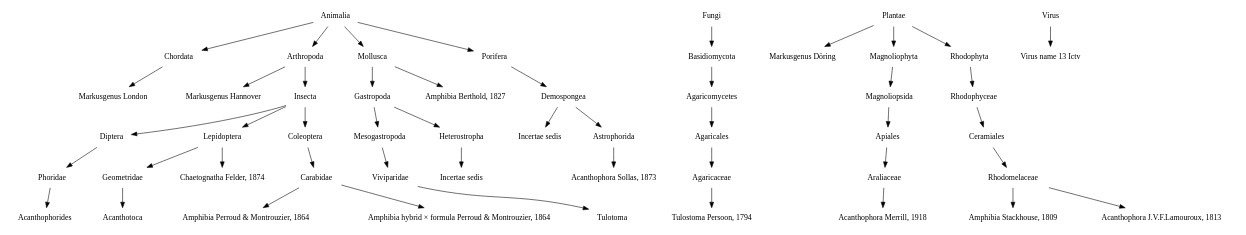
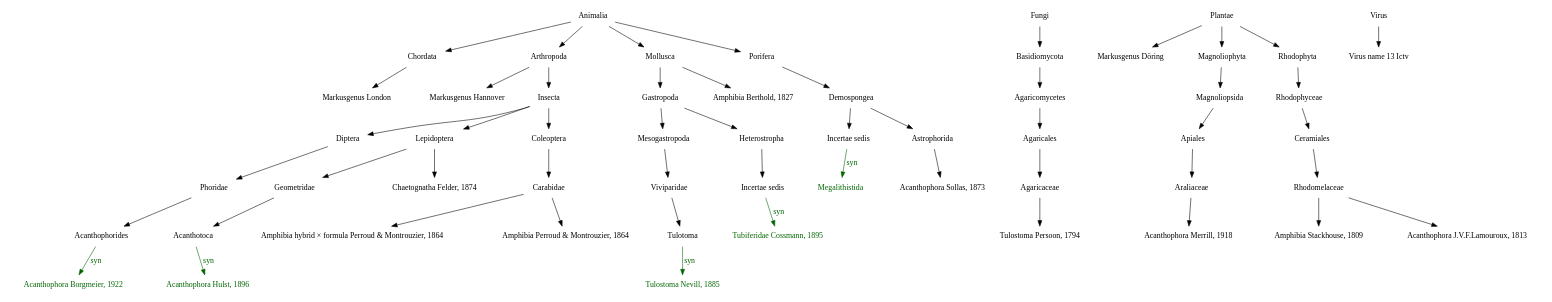
One commit to CatalogueOfLife/backend changed the diagram in colplus-admin/graphs/tree5.dot. Above: the diagram before and after it, drawn with Graphviz. The commit also changed 46 other files, not shown here.

```diff
--- a/colplus-admin/graphs/tree5.dot
+++ b/colplus-admin/graphs/tree5.dot
@@ -1,102 +1,112 @@
 digraph G {
   node [shape=plaintext]
 
   n32  [label="Animalia"]
   n32 -> n47
   n32 -> n42
   n32 -> n41
   n32 -> n33
   n42  [label="Arthropoda"]
   n42 -> n15
   n42 -> n43
   n43  [label="Insecta"]
   n43 -> n52
   n43 -> n48
   n43 -> n44
   n44  [label="Coleoptera"]
   n44 -> n45
   n45  [label="Carabidae"]
+  n45 -> n12
   n45 -> n11
-  n45 -> n12
   n11  [label="Amphibia Perroud & Montrouzier, 1864"]
   n12  [label="Amphibia hybrid × formula Perroud & Montrouzier, 1864"]
   n52  [label="Diptera"]
   n52 -> n53
   n53  [label="Phoridae"]
   n53 -> n21
   n21  [label="Acanthophorides"]
+  n4  [label="Acanthophora Borgmeier, 1922", fontcolor=darkgreen]
+  n21 -> n4  [color=darkgreen, fontcolor=darkgreen, label=syn]
   n48  [label="Lepidoptera"]
   n48 -> n51
   n48 -> n17
   n51  [label="Geometridae"]
   n51 -> n20
   n20  [label="Acanthotoca"]
+  n2  [label="Acanthophora Hulst, 1896", fontcolor=darkgreen]
+  n20 -> n2  [color=darkgreen, fontcolor=darkgreen, label=syn]
   n17  [label="Chaetognatha Felder, 1874"]
   n15  [label="Markusgenus Hannover"]
   n47  [label="Chordata"]
   n47 -> n16
   n16  [label="Markusgenus London"]
   n41  [label="Mollusca"]
   n41 -> n49
   n41 -> n9
   n49  [label="Gastropoda"]
   n49 -> n54
   n49 -> n50
   n50  [label="Heterostropha"]
   n50 -> n19
   n19  [label="Incertae sedis"]
+  n1  [label="Tubiferidae Cossmann, 1895", fontcolor=darkgreen]
+  n19 -> n1  [color=darkgreen, fontcolor=darkgreen, label=syn]
   n54  [label="Mesogastropoda"]
   n54 -> n55
   n55  [label="Viviparidae"]
   n55 -> n22
   n22  [label="Tulotoma"]
+  n8  [label="Tulostoma Nevill, 1885", fontcolor=darkgreen]
+  n22 -> n8  [color=darkgreen, fontcolor=darkgreen, label=syn]
   n9  [label="Amphibia Berthold, 1827"]
   n33  [label="Porifera"]
   n33 -> n34
   n34  [label="Demospongea"]
   n34 -> n18
   n34 -> n35
   n35  [label="Astrophorida"]
   n35 -> n6
   n6  [label="Acanthophora Sollas, 1873"]
   n18  [label="Incertae sedis"]
+  n0  [label="Megalithistida", fontcolor=darkgreen]
+  n18 -> n0  [color=darkgreen, fontcolor=darkgreen, label=syn]
   n36  [label="Fungi"]
   n36 -> n37
   n37  [label="Basidiomycota"]
   n37 -> n38
   n38  [label="Agaricomycetes"]
   n38 -> n39
   n39  [label="Agaricales"]
   n39 -> n40
   n40  [label="Agaricaceae"]
   n40 -> n7
   n7  [label="Tulostoma Persoon, 1794"]
   n23  [label="Plantae"]
   n23 -> n14
   n23 -> n28
   n23 -> n24
   n28  [label="Magnoliophyta"]
   n28 -> n29
   n29  [label="Magnoliopsida"]
   n29 -> n30
   n30  [label="Apiales"]
   n30 -> n31
   n31  [label="Araliaceae"]
   n31 -> n5
   n5  [label="Acanthophora Merrill, 1918"]
   n24  [label="Rhodophyta"]
   n24 -> n25
   n25  [label="Rhodophyceae"]
   n25 -> n26
   n26  [label="Ceramiales"]
   n26 -> n27
   n27  [label="Rhodomelaceae"]
   n27 -> n10
   n27 -> n3
   n3  [label="Acanthophora J.V.F.Lamouroux, 1813"]
   n10  [label="Amphibia Stackhouse, 1809"]
   n14  [label="Markusgenus Döring"]
   n46  [label="Virus"]
   n46 -> n13
   n13  [label="Virus name 13 Ictv"]
 }
```
